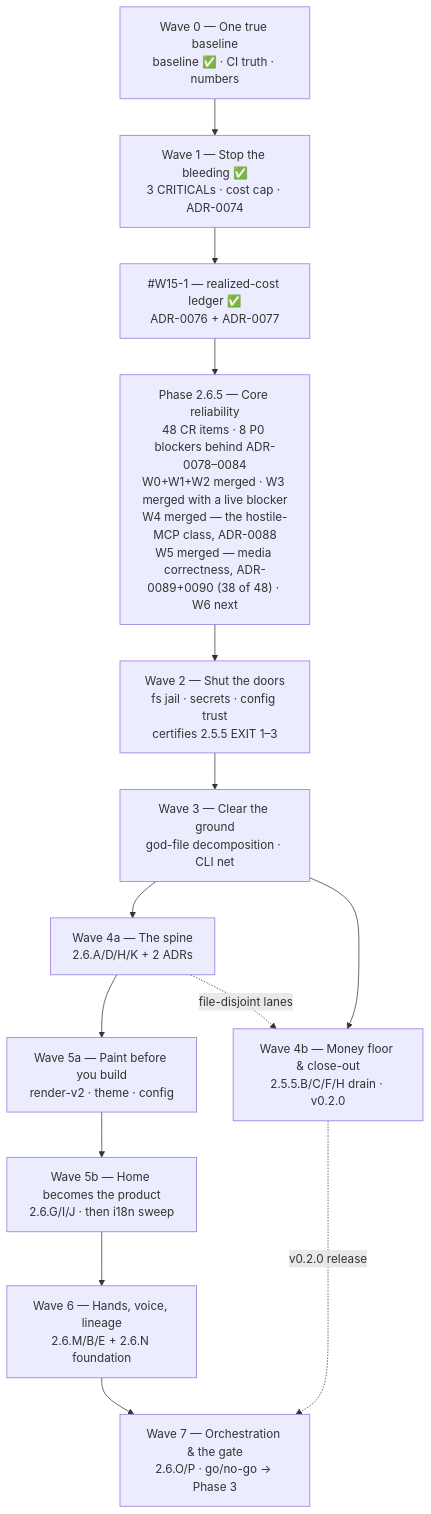
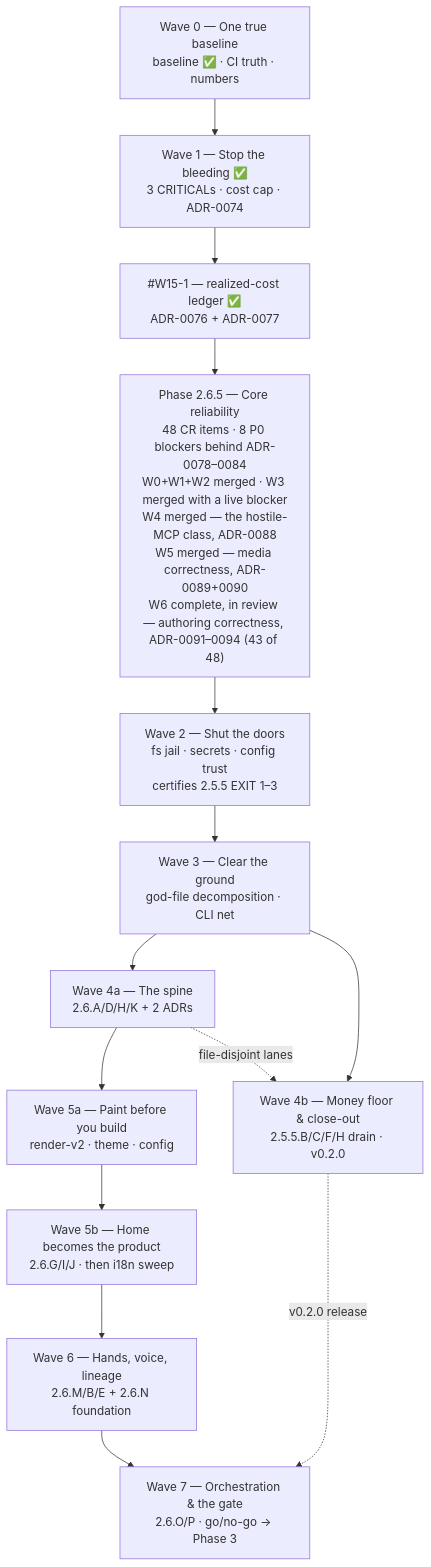
The diagram in docs/roadmap/current.md (HodeTech/Relavium), drawn with Mermaid before and after one commit. The commit also changed other lines of this file and 2 other files, not shown here.

````diff
--- a/docs/roadmap/current.md
+++ b/docs/roadmap/current.md
@@ -89,19 +89,19 @@
 ```mermaid
 flowchart TD
     W0["Wave 0 — One true baseline<br/>baseline ✅ · CI truth · numbers"]
     W1["Wave 1 — Stop the bleeding ✅<br/>3 CRITICALs · cost cap · ADR-0074"]
     LEDGER["#W15-1 — realized-cost ledger ✅<br/>ADR-0076 + ADR-0077"]
-    P265["Phase 2.6.5 — Core reliability<br/>48 CR items · 8 P0 blockers behind ADR-0078–0084<br/>W0+W1+W2 merged · W3 merged with a live blocker<br/>W4 merged — the hostile-MCP class, ADR-0088<br/>W5 merged — media correctness, ADR-0089+0090 (38 of 48) · W6 next"]
+    P265["Phase 2.6.5 — Core reliability<br/>48 CR items · 8 P0 blockers behind ADR-0078–0084<br/>W0+W1+W2 merged · W3 merged with a live blocker<br/>W4 merged — the hostile-MCP class, ADR-0088<br/>W5 merged — media correctness, ADR-0089+0090<br/>W6 complete, in review — authoring correctness, ADR-0091–0094 (43 of 48)"]
     W2["Wave 2 — Shut the doors<br/>fs jail · secrets · config trust<br/>certifies 2.5.5 EXIT 1–3"]
     W3["Wave 3 — Clear the ground<br/>god-file decomposition · CLI net"]
     W4a["Wave 4a — The spine<br/>2.6.A/D/H/K + 2 ADRs"]
     W4b["Wave 4b — Money floor & close-out<br/>2.5.5.B/C/F/H drain · v0.2.0"]
     W5a["Wave 5a — Paint before you build<br/>render-v2 · theme · config"]
     W5b["Wave 5b — Home becomes the product<br/>2.6.G/I/J · then i18n sweep"]
     W6["Wave 6 — Hands, voice, lineage<br/>2.6.M/B/E + 2.6.N foundation"]
     W7["Wave 7 — Orchestration & the gate<br/>2.6.O/P · go/no-go → Phase 3"]
     W0 --> W1 --> LEDGER --> P265 --> W2 --> W3 --> W4a --> W5a --> W5b --> W6 --> W7
     W3 --> W4b
     W4b -.->|v0.2.0 release| W7
     W4a -.->|file-disjoint lanes| W4b
 ```
````
